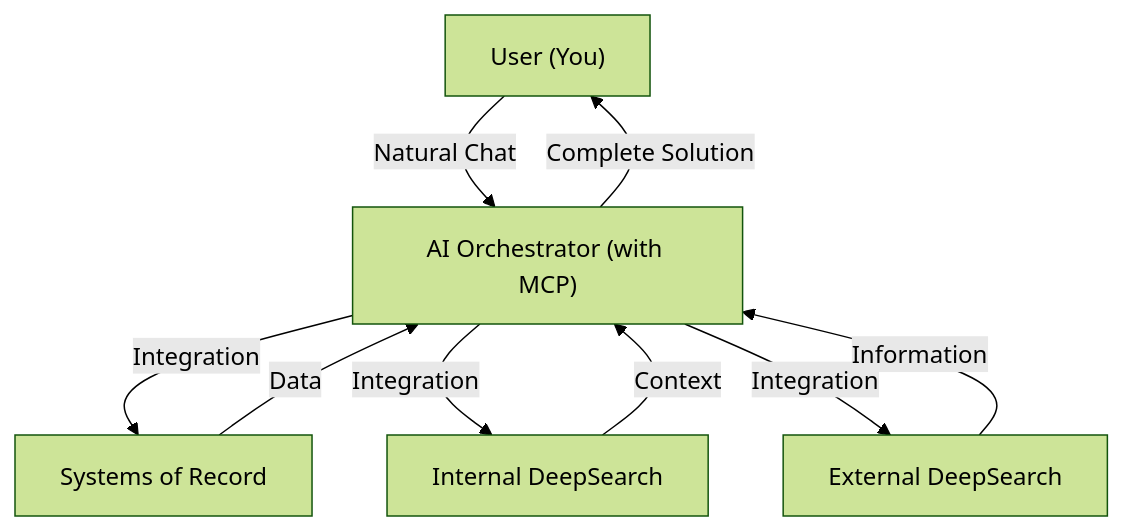
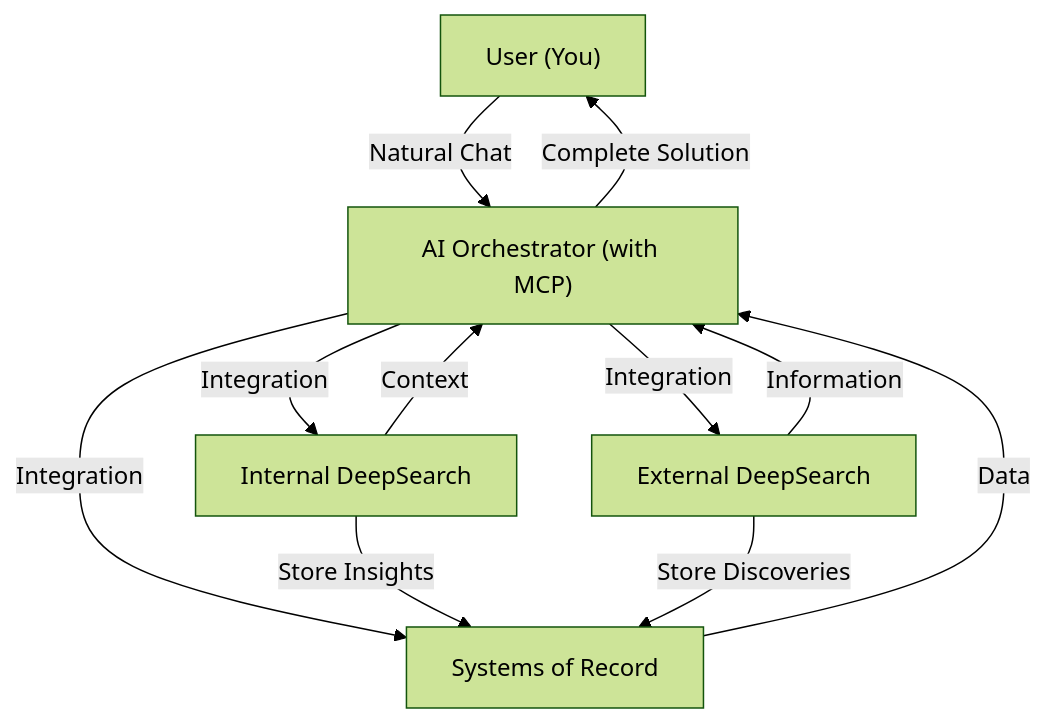
The diagram in readme.md (TNEP4/Asteria), drawn with Mermaid (forest theme) before and after one commit. The commit also changed other lines of this file, not shown here.

Commit message:
Updated readme to reflect new capabilities of DeepSearch, highlighting its ability to store insights and discoveries directly into systems of record.

````diff
--- a/readme.md
+++ b/readme.md
@@ -69,11 +69,13 @@
 ```mermaid
 graph TD
     user["User (You)"] -->|"Natural Chat"| orchestrator["AI Orchestrator (with MCP)"]
     orchestrator -->|"Integration"| systems["Systems of Record"]
     orchestrator -->|"Integration"| internal["Internal DeepSearch"]
     orchestrator -->|"Integration"| external["External DeepSearch"]
     systems -->|"Data"| orchestrator
     internal -->|"Context"| orchestrator
     external -->|"Information"| orchestrator
+    internal -->|"Store Insights"| systems
+    external -->|"Store Discoveries"| systems
     orchestrator -->|"Complete Solution"| user
 ```
````
